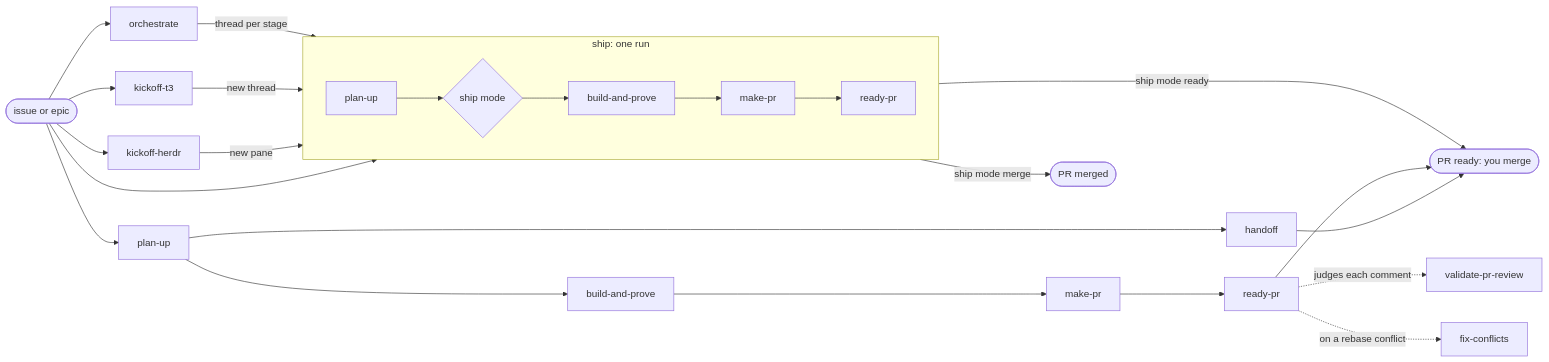
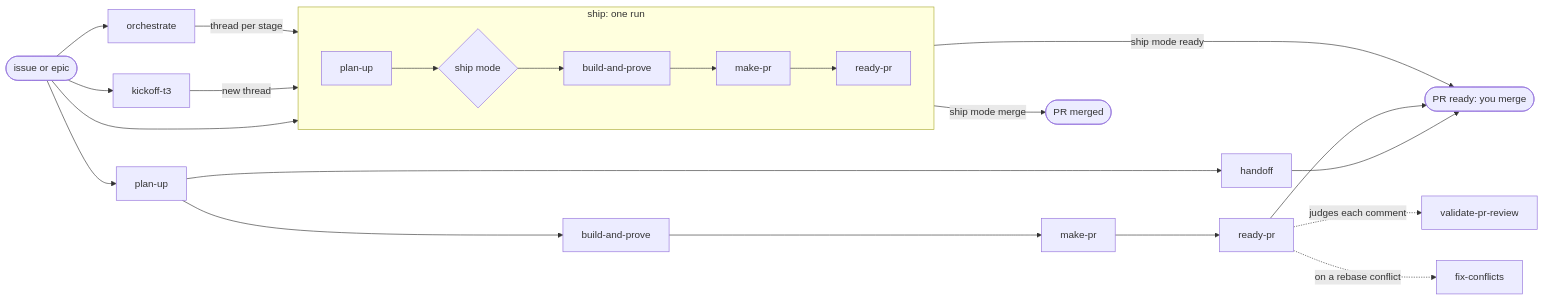
The second of 2 diagrams in README.md (linhvu0711/skills), drawn with Mermaid before and after one commit. The commit also changed other lines of this file and 19 other files, not shown here.

First line of the commit message:
refactor!: remove the kickoff-herdr skill

````diff
--- a/README.md
+++ b/README.md
@@ -36,23 +36,21 @@
 ```mermaid
 flowchart LR
   ticket([issue or epic]) --> ship
-  ticket --> kickoffherdr[kickoff-herdr]
   ticket --> kickofft3[kickoff-t3]
   ticket --> orchestrate[orchestrate]
   ticket --> planup[plan-up]
-  kickoffherdr -->|new pane| ship
   kickofft3 -->|new thread| ship
   orchestrate -->|thread per stage| ship
   subgraph ship [ship: one run]
     direction LR
     sp[plan-up] --> sm2{ship mode} --> sb[build-and-prove] --> sm[make-pr] --> sr[ready-pr]
   end
   planup --> bp[build-and-prove] --> makepr[make-pr] --> readypr[ready-pr]
   planup --> ho[handoff]
   ship -->|ship mode ready| done([PR ready: you merge])
   ship -->|ship mode merge| merged([PR merged])
   ho --> done
   readypr --> done
   readypr -.->|judges each comment| vpr[validate-pr-review]
   readypr -.->|on a rebase conflict| fc[fix-conflicts]
 ```
````
